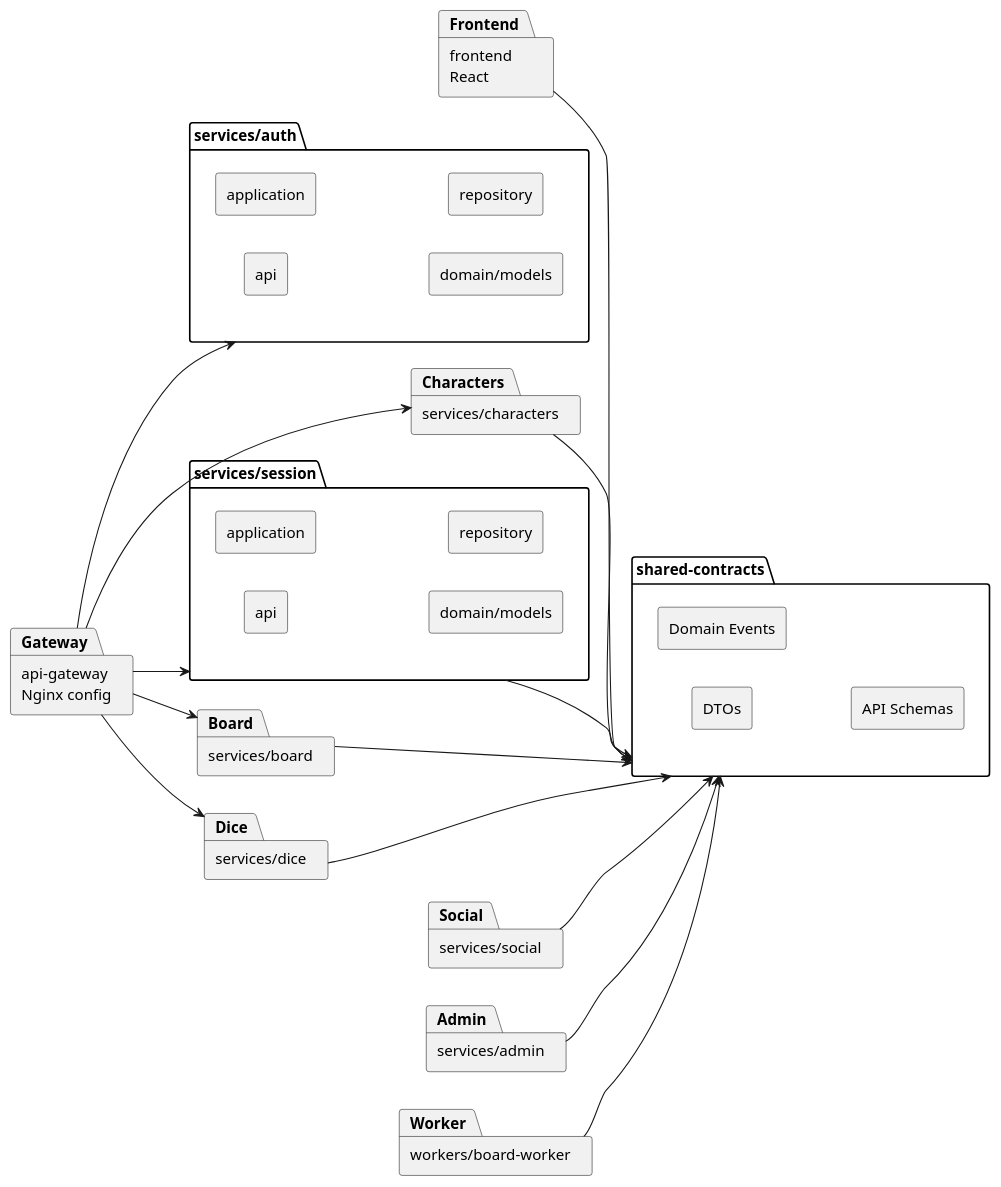
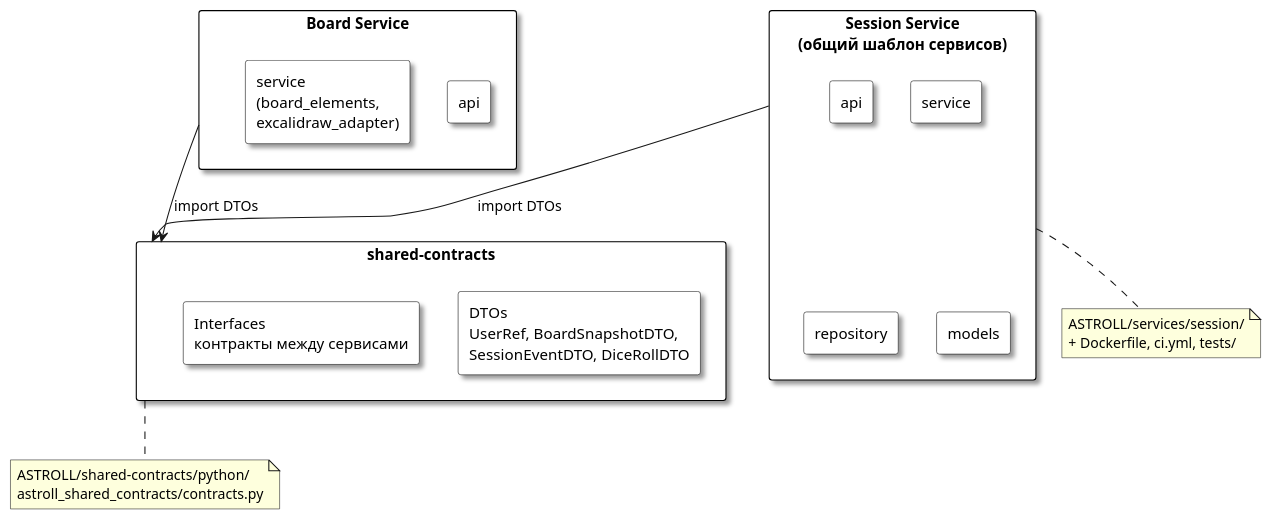
Before and after one commit to wingelshteyn/DesignSoftwareCourse: the diagram in diagram_prompts/19_4plus1_development_view.md, drawn with PlantUML. The commit also changed other lines of this file and 19 other files, not shown here.

First line of the commit message:
Обновить diagram_prompts под эталон ПР8 для ASTROLL.

````diff
--- a/diagram_prompts/19_4plus1_development_view.md
+++ b/diagram_prompts/19_4plus1_development_view.md
@@ -7,50 +37,44 @@
 ```plantuml
 @startuml
-skinparam componentStyle rectangle
-left to right direction
+skinparam rectangle {
+  BackgroundColor white
+  BorderColor black
+  shadowing true
+}
+skinparam packageStyle rectangle
 
-package "frontend\nReact" as Frontend
-package "api-gateway\nNginx config" as Gateway
-
-package "services/auth" as Auth {
-  component api_auth as "api"
-  component app_auth as "application"
-  component domain_auth as "domain/models"
-  component repo_auth as "repository"
+rectangle "Session Service\n(общий шаблон сервисов)" as Session {
+  rectangle "api" as s_api
+  rectangle "service" as s_svc
+  rectangle "repository" as s_repo
+  rectangle "models" as s_mod
 }
 
-package "services/session" as Session {
-  component api_session as "api"
-  component app_session as "application"
-  component domain_session as "domain/models"
-  component repo_session as "repository"
+rectangle "Board Service" as Board {
+  rectangle "api" as b_api
+  rectangle "service\n(board_elements,\nexcalidraw_adapter)" as b_svc
 }
 
-package "services/characters" as Characters
-package "services/board" as Board
-package "services/dice" as Dice
-package "services/social" as Social
-package "services/admin" as Admin
-package "workers/board-worker" as Worker
-
-package "shared-contracts" as Contracts {
-  component DTOs
-  component "Domain Events" as Events
-  component "API Schemas" as Schemas
+rectangle "shared-contracts" as Contracts {
+  rectangle "DTOs\nUserRef, BoardSnapshotDTO,\nSessionEventDTO, DiceRollDTO" as DTOs
+  rectangle "Interfaces\nконтракты между сервисами" as IF
 }
 
-Frontend --> Contracts
-Gateway --> Auth
-Gateway --> Session
-Gateway --> Characters
-Gateway --> Board
-Gateway --> Dice
-Session --> Contracts
-Characters --> Contracts
-Board --> Contracts
-Dice --> Contracts
-Social --> Contracts
-Admin --> Contracts
-Worker --> Contracts
+Session -[hidden]left- Board
+Session -[hidden]down- Contracts
+Board -[hidden]down- Contracts
+
+Session --> Contracts : import DTOs
+Board --> Contracts : import DTOs
+
+note bottom of Session
+  ASTROLL/services/session/
+  + Dockerfile, ci.yml, tests/
+end note
+
+note bottom of Contracts
+  ASTROLL/shared-contracts/python/
+  astroll_shared_contracts/contracts.py
+end note
 @enduml
 ```
````
